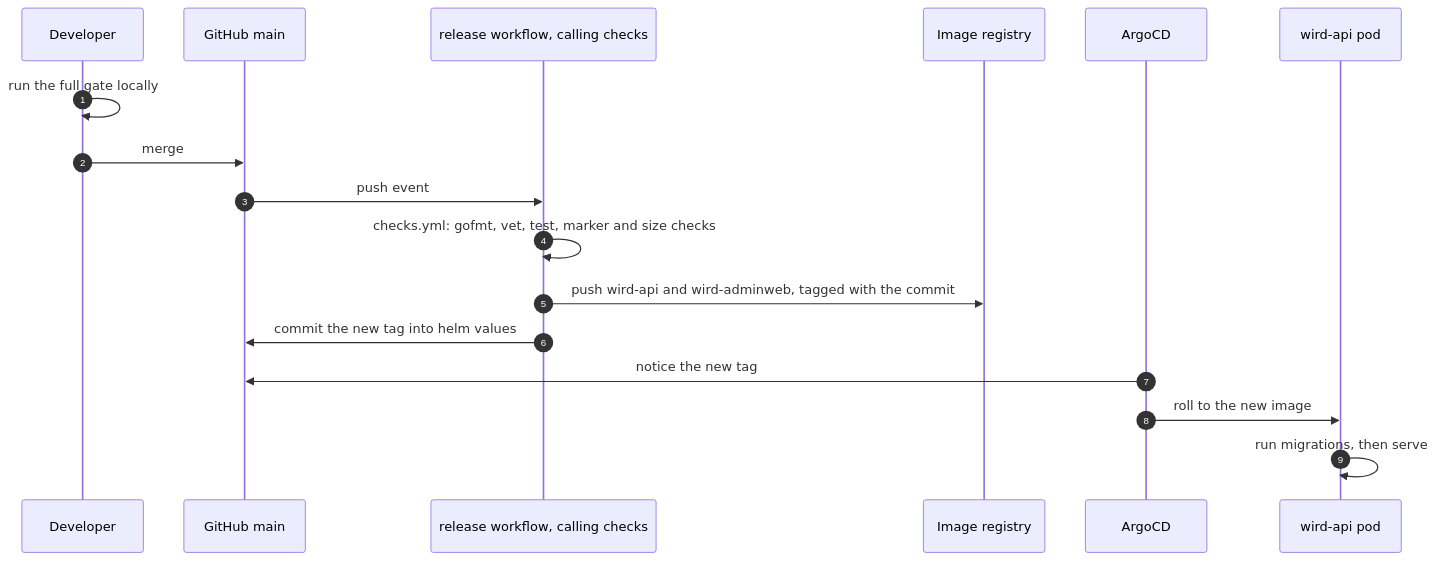
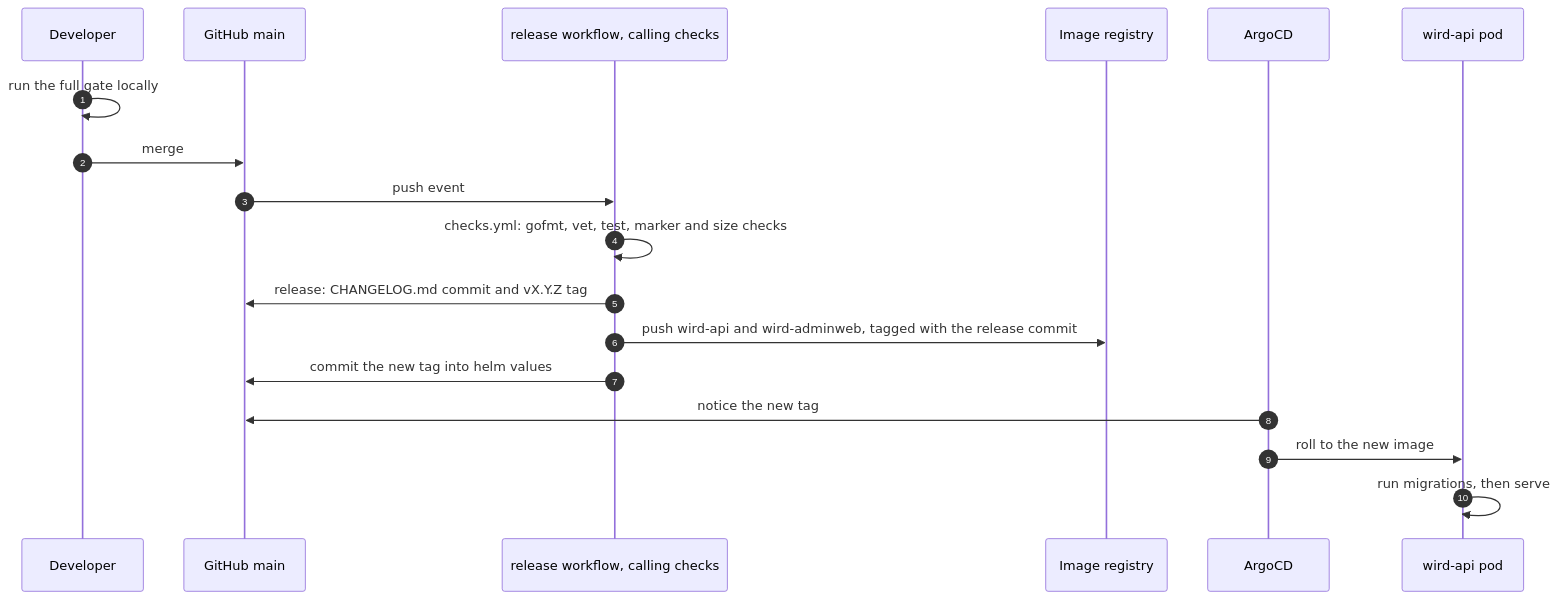
One commit to MohammadBnei/wird changed the first of 4 diagrams in docs/architecture/deploy.md. Above: the diagram before and after it, drawn with Mermaid. The commit also changed other lines of this file and 40 other files, not shown here.

First line of the commit message:
ci: cut versions and CHANGELOG with ukubi-ci release; servers show theirs (#55)

````diff
--- a/docs/architecture/deploy.md
+++ b/docs/architecture/deploy.md
@@ -16,19 +16,20 @@
 ```mermaid
 sequenceDiagram
   autonumber
   participant Dev as Developer
   participant GH as GitHub main
   participant CI as release workflow, calling checks
   participant Reg as Image registry
   participant Argo as ArgoCD
   participant Pod as wird-api pod
   Dev->>Dev: run the full gate locally
   Dev->>GH: merge
   GH->>CI: push event
   CI->>CI: checks.yml: gofmt, vet, test, marker and size checks
-  CI->>Reg: push wird-api and wird-adminweb, tagged with the commit
+  CI->>GH: release: CHANGELOG.md commit and vX.Y.Z tag
+  CI->>Reg: push wird-api and wird-adminweb, tagged with the release commit
   CI->>GH: commit the new tag into helm values
   Argo->>GH: notice the new tag
   Argo->>Pod: roll to the new image
   Pod->>Pod: run migrations, then serve
 ```
````
